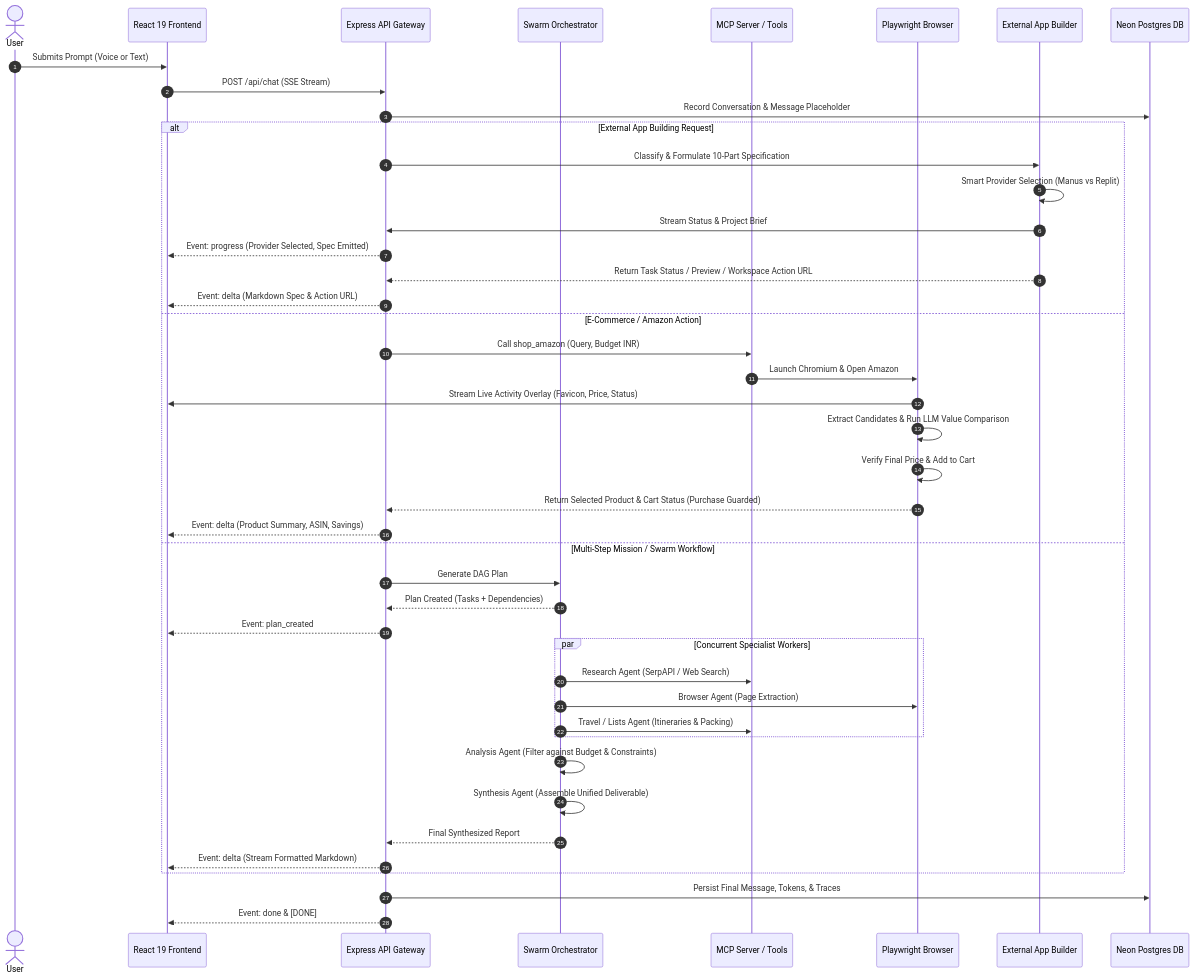
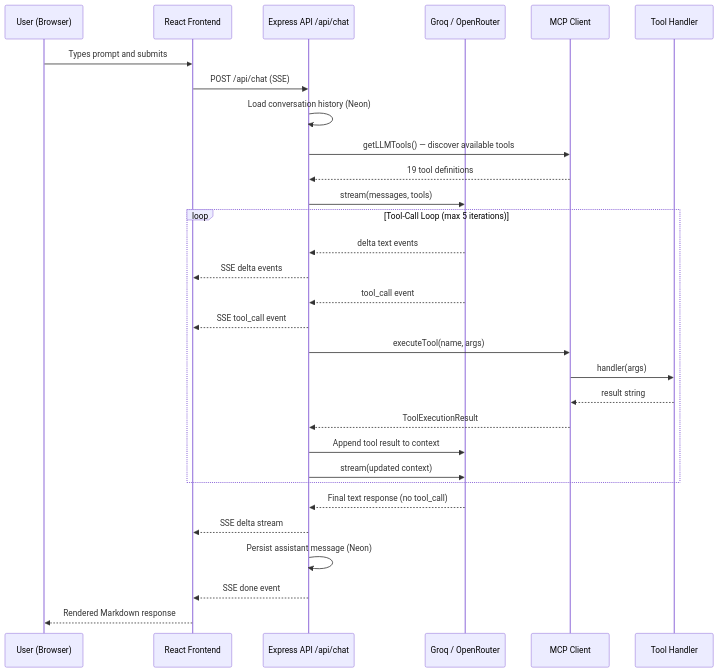
The second of 3 diagrams in README.md (shivam7-gif/Karma), drawn with Mermaid before and after one commit. The commit also changed other lines of this file and 4 other files, not shown here.

````diff
--- a/README.md
+++ b/README.md
@@ -91,49 +183,35 @@
 ```mermaid
 sequenceDiagram
-    autonumber
-    actor User as User
-    participant UI as React 19 Frontend
-    participant API as Express API Gateway
-    participant Orch as Swarm Orchestrator
-    participant MCP as MCP Server / Tools
-    participant Browser as Playwright Browser
-    participant Builder as External App Builder
-    participant DB as Neon Postgres DB
+    participant U as User (Browser)
+    participant FE as React Frontend
+    participant API as Express API /api/chat
+    participant LLM as Groq / OpenRouter
+    participant MCP as MCP Client
+    participant Tool as Tool Handler
 
-    User->>UI: Submits Prompt (Voice or Text)
-    UI->>API: POST /api/chat (SSE Stream)
-    API->>DB: Record Conversation & Message Placeholder
+    U->>FE: Types prompt and submits
+    FE->>API: POST /api/chat (SSE)
+    API->>API: Load conversation history (Neon)
+    API->>MCP: getLLMTools() — discover available tools
+    MCP-->>API: 19 tool definitions
+    API->>LLM: stream(messages, tools)
 
-    alt External App Building Request
-        API->>Builder: Classify & Formulate 10-Part Specification
-        Builder->>Builder: Smart Provider Selection (Manus vs Replit)
-        Builder->>API: Stream Status & Project Brief
-        API-->>UI: Event: progress (Provider Selected, Spec Emitted)
-        Builder-->>API: Return Task Status / Preview / Workspace Action URL
-        API-->>UI: Event: delta (Markdown Spec & Action URL)
-    else E-Commerce / Amazon Action
-        API->>MCP: Call shop_amazon (Query, Budget INR)
-        MCP->>Browser: Launch Chromium & Open Amazon
-        Browser->>UI: Stream Live Activity Overlay (Favicon, Price, Status)
-        Browser->>Browser: Extract Candidates & Run LLM Value Comparison
-        Browser->>Browser: Verify Final Price & Add to Cart
-        Browser-->>API: Return Selected Product & Cart Status (Purchase Guarded)
-        API-->>UI: Event: delta (Product Summary, ASIN, Savings)
-    else Multi-Step Mission / Swarm Workflow
-        API->>Orch: Generate DAG Plan
-        Orch-->>API: Plan Created (Tasks + Dependencies)
-        API-->>UI: Event: plan_created
-        par Concurrent Specialist Workers
-            Orch->>MCP: Research Agent (SerpAPI / Web Search)
-            Orch->>Browser: Browser Agent (Page Extraction)
-            Orch->>MCP: Travel / Lists Agent (Itineraries & Packing)
-        end
-        Orch->>Orch: Analysis Agent (Filter against Budget & Constraints)
-        Orch->>Orch: Synthesis Agent (Assemble Unified Deliverable)
-        Orch-->>API: Final Synthesized Report
-        API-->>UI: Event: delta (Stream Formatted Markdown)
+    loop Tool-Call Loop (max 5 iterations)
+        LLM-->>API: delta text events
+        API-->>FE: SSE delta events
+        LLM-->>API: tool_call event
+        API-->>FE: SSE tool_call event
+        API->>MCP: executeTool(name, args)
+        MCP->>Tool: handler(args)
+        Tool-->>MCP: result string
+        MCP-->>API: ToolExecutionResult
+        API->>LLM: Append tool result to context
+        API->>LLM: stream(updated context)
     end
 
-    API->>DB: Persist Final Message, Tokens, & Traces
-    API-->>UI: Event: done & [DONE]
+    LLM-->>API: Final text response (no tool_call)
+    API-->>FE: SSE delta stream
+    API->>API: Persist assistant message (Neon)
+    API-->>FE: SSE done event
+    FE-->>U: Rendered Markdown response
 ```
````
